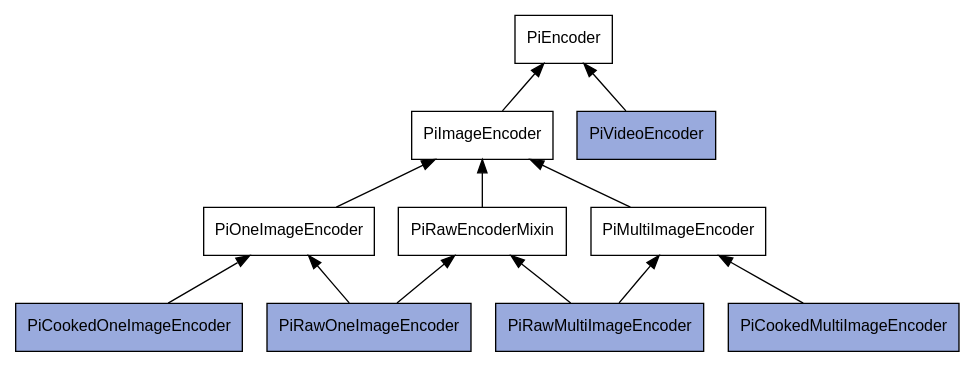
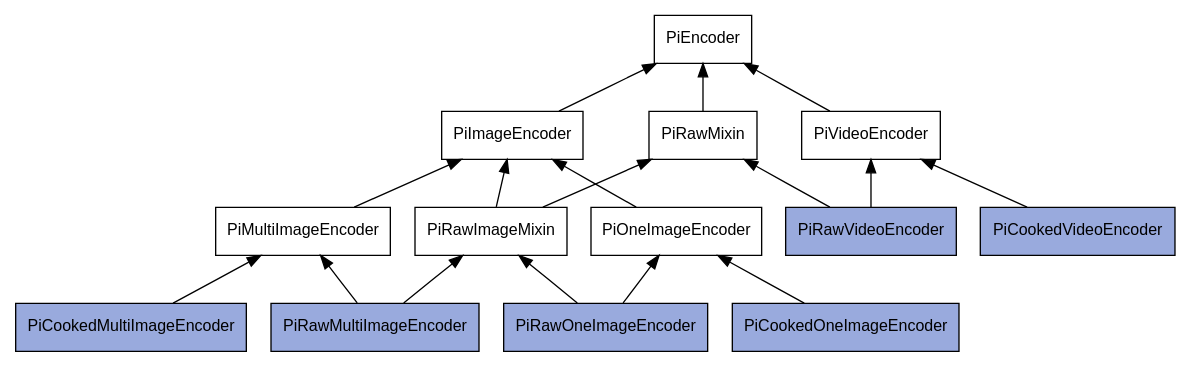
The diagram in docs/encoder_classes.dot (waveform80/picamera), drawn with Graphviz before and after one commit. The commit also changed 10 other files, not shown here.

```diff
--- a/docs/encoder_classes.dot
+++ b/docs/encoder_classes.dot
@@ -1,31 +1,39 @@
 digraph G {
     graph [rankdir="BT"];
 
     /* Abstract classes */
     node [shape=rect,style=filled,color="#000000",fillcolor="#ffffff",fontname=Arial,fontsize=12.0];
     PiEncoder           [target="_top", URL="../api.html#picamera.PiEncoder"];
     PiImageEncoder      [target="_top", URL="../api.html#picamera.PiImageEncoder"];
+    PiVideoEncoder      [target="_top", URL="../api.html#picamera.PiVideoEncoder"];
     PiOneImageEncoder   [target="_top", URL="../api.html#picamera.PiOneImageEncoder"];
     PiMultiImageEncoder [target="_top", URL="../api.html#picamera.PiMultiImageEncoder"];
-    PiRawEncoderMixin   [target="_top", URL="../api.html#picamera.PiRawEncoderMixin"];
+    PiRawMixin          [target="_top", URL="../api.html#picamera.PiRawMixin"];
+    PiRawImageMixin     [target="_top", URL="../api.html#picamera.PiRawImageMixin"];
 
     /* Concrete classes */
     node [shape=rect,style=filled,color="#000000",fillcolor="#99aadd",fontname=Arial,fontsize=12.0];
-    PiVideoEncoder            [target="_top", URL="../api.html#picamera.PiVideoEncoder"];
     PiRawOneImageEncoder      [target="_top", URL="../api.html#picamera.PiRawOneImageEncoder"];
     PiRawMultiImageEncoder    [target="_top", URL="../api.html#picamera.PiRawMultiImageEncoder"];
+    PiRawVideoEncoder         [target="_top", URL="../api.html#picamera.PiRawVideoEncoder"];
     PiCookedOneImageEncoder   [target="_top", URL="../api.html#picamera.PiCookedOneImageEncoder"];
     PiCookedMultiImageEncoder [target="_top", URL="../api.html#picamera.PiCookedMultiImageEncoder"];
+    PiCookedVideoEncoder      [target="_top", URL="../api.html#picamera.PiCookedVideoEncoder"];
 
+    PiImageEncoder->PiEncoder;
     PiVideoEncoder->PiEncoder;
-    PiImageEncoder->PiEncoder;
+    PiRawMixin->PiEncoder;
     PiOneImageEncoder->PiImageEncoder;
     PiMultiImageEncoder->PiImageEncoder;
     PiCookedOneImageEncoder->PiOneImageEncoder;
     PiCookedMultiImageEncoder->PiMultiImageEncoder;
-    PiRawEncoderMixin->PiImageEncoder;
+    PiCookedVideoEncoder->PiVideoEncoder;
+    PiRawImageMixin->PiRawMixin;
+    PiRawImageMixin->PiImageEncoder;
     PiRawOneImageEncoder->PiOneImageEncoder;
-    PiRawOneImageEncoder->PiRawEncoderMixin;
+    PiRawOneImageEncoder->PiRawImageMixin;
     PiRawMultiImageEncoder->PiMultiImageEncoder;
-    PiRawMultiImageEncoder->PiRawEncoderMixin;
+    PiRawMultiImageEncoder->PiRawImageMixin;
+    PiRawVideoEncoder->PiRawMixin;
+    PiRawVideoEncoder->PiVideoEncoder;
 }
```
